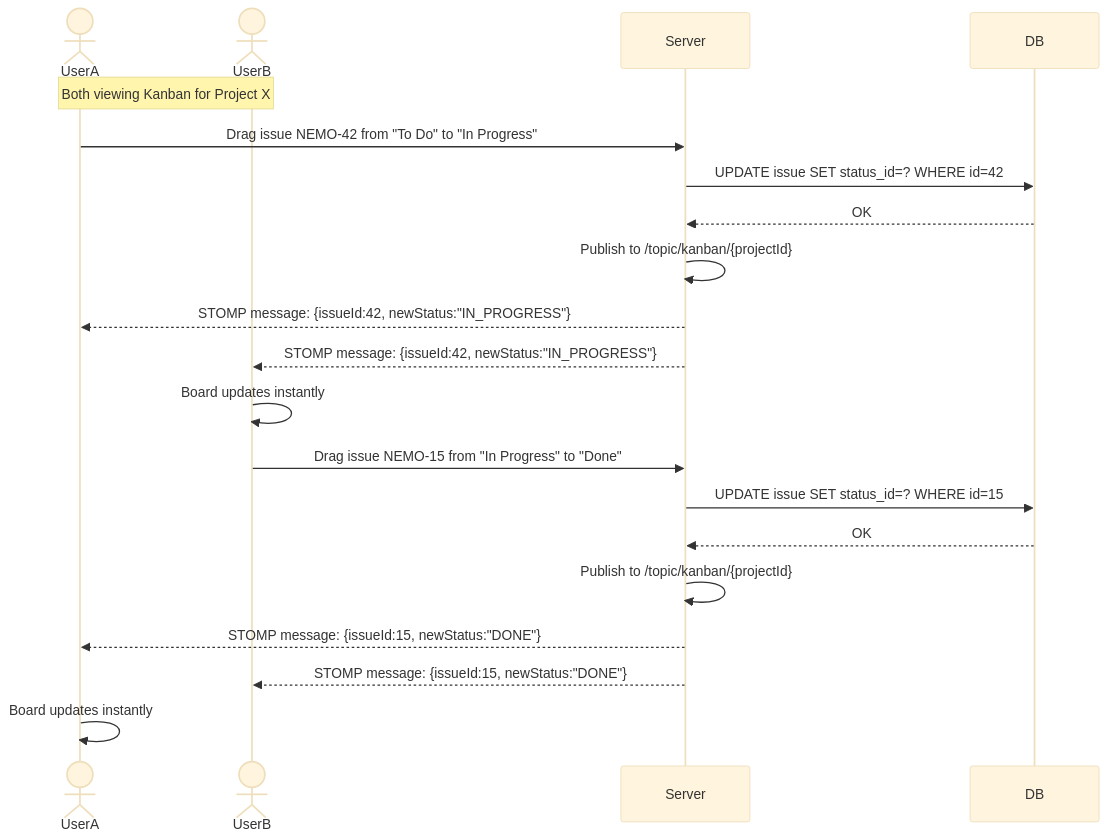
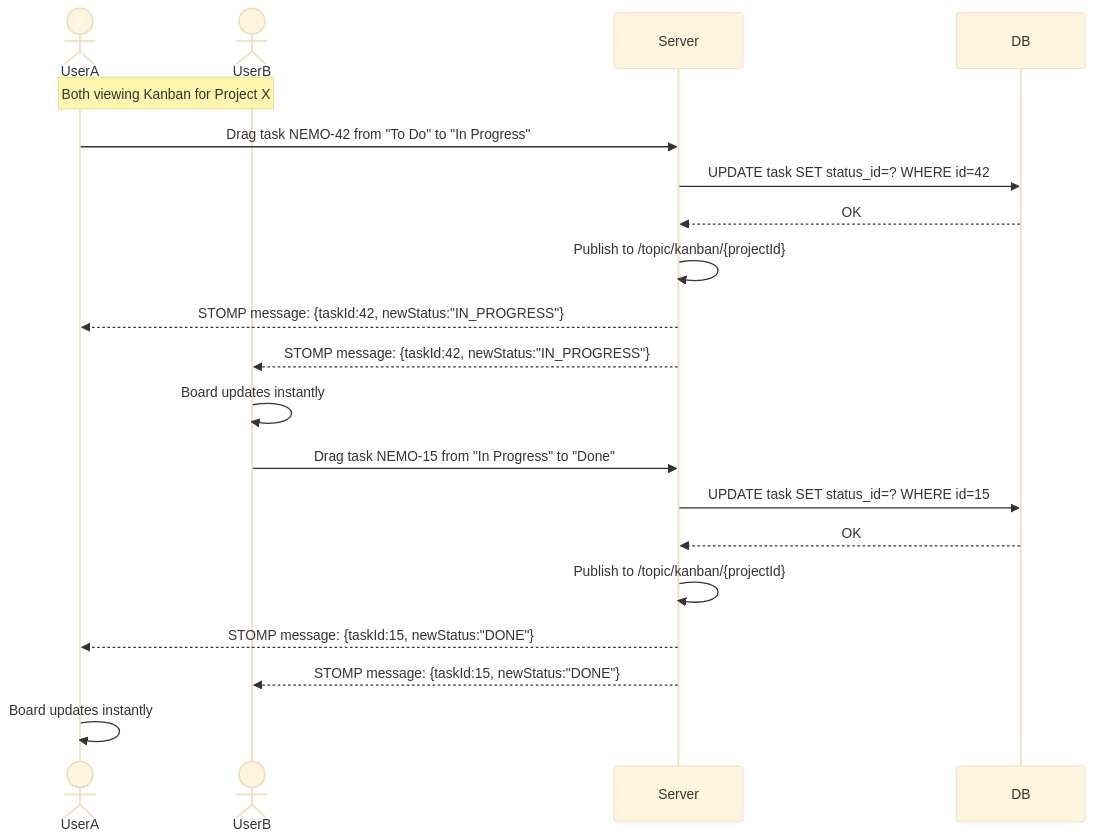
Before and after one commit to rezzix/nemo: diagram 11 of 14 in docs/uml-diagrams.md, drawn with Mermaid (base theme). The commit also changed other lines of this file and 2 other files, not shown here.

First line of the commit message:
Add marketing landing page, feature access matrix, and update UML diagrams

````diff
--- a/docs/uml-diagrams.md
+++ b/docs/uml-diagrams.md
@@ -343,25 +480,25 @@
 ```mermaid
 sequenceDiagram
     actor UserA
     actor UserB
     participant Server
     participant DB
 
     Note over UserA,UserB: Both viewing Kanban for Project X
 
-    UserA->>Server: Drag issue NEMO-42 from "To Do" to "In Progress"
-    Server->>DB: UPDATE issue SET status_id=? WHERE id=42
+    UserA->>Server: Drag task NEMO-42 from "To Do" to "In Progress"
+    Server->>DB: UPDATE task SET status_id=? WHERE id=42
     DB-->>Server: OK
     Server->>Server: Publish to /topic/kanban/{projectId}
-    Server-->>UserA: STOMP message: {issueId:42, newStatus:"IN_PROGRESS"}
-    Server-->>UserB: STOMP message: {issueId:42, newStatus:"IN_PROGRESS"}
+    Server-->>UserA: STOMP message: {taskId:42, newStatus:"IN_PROGRESS"}
+    Server-->>UserB: STOMP message: {taskId:42, newStatus:"IN_PROGRESS"}
     UserB->>UserB: Board updates instantly
 
-    UserB->>Server: Drag issue NEMO-15 from "In Progress" to "Done"
-    Server->>DB: UPDATE issue SET status_id=? WHERE id=15
+    UserB->>Server: Drag task NEMO-15 from "In Progress" to "Done"
+    Server->>DB: UPDATE task SET status_id=? WHERE id=15
     DB-->>Server: OK
     Server->>Server: Publish to /topic/kanban/{projectId}
-    Server-->>UserA: STOMP message: {issueId:15, newStatus:"DONE"}
-    Server-->>UserB: STOMP message: {issueId:15, newStatus:"DONE"}
+    Server-->>UserA: STOMP message: {taskId:15, newStatus:"DONE"}
+    Server-->>UserB: STOMP message: {taskId:15, newStatus:"DONE"}
     UserA->>UserA: Board updates instantly
 ```
````
